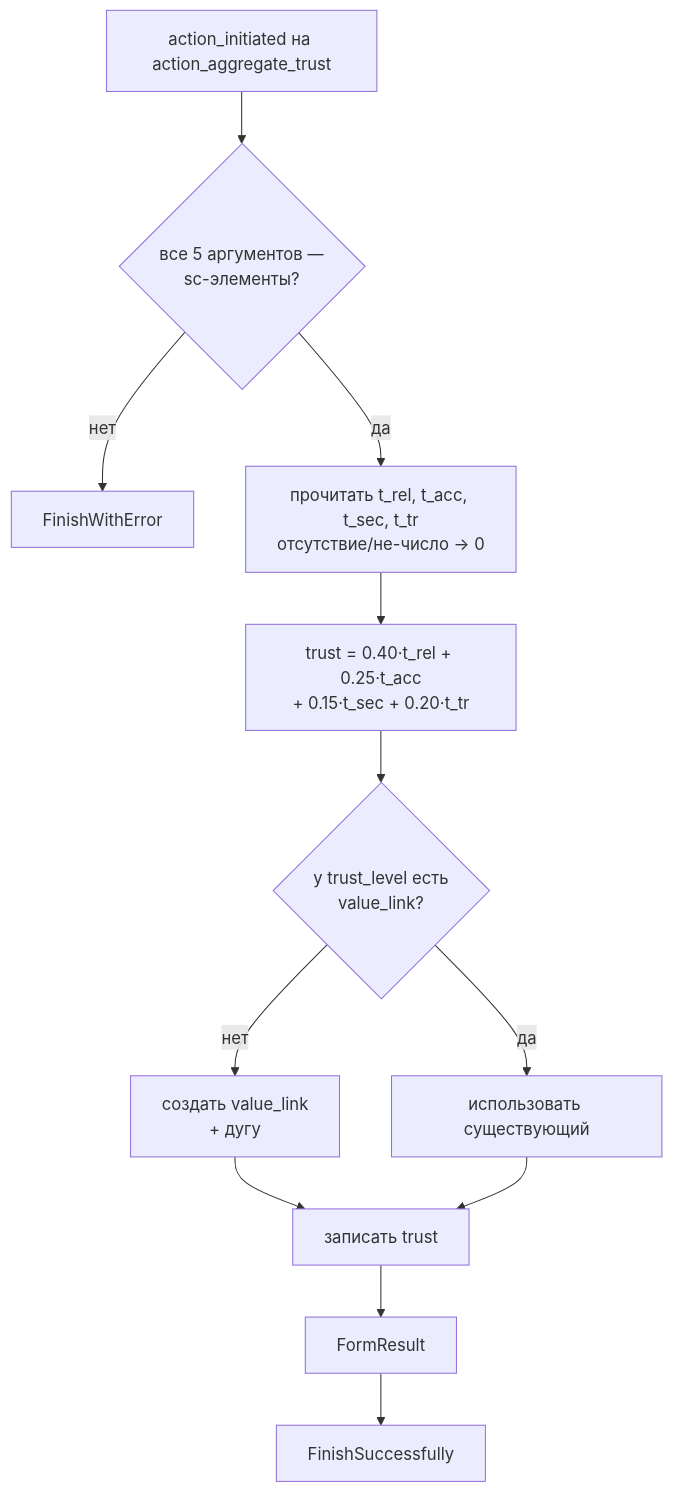
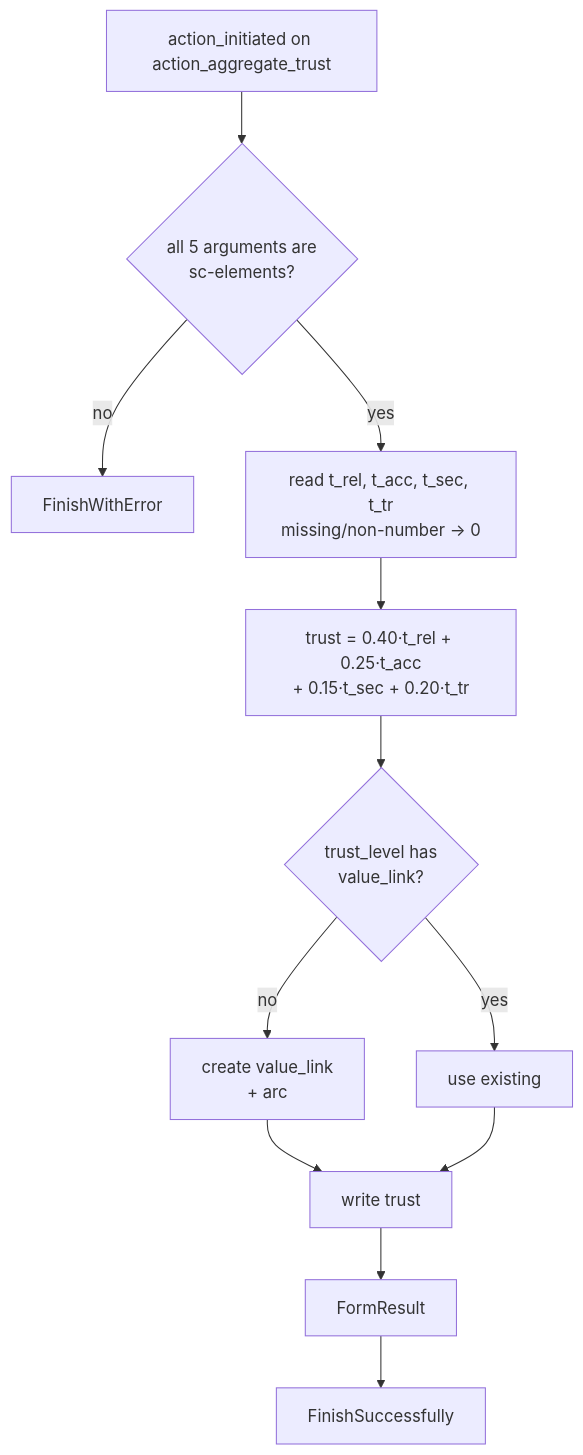
Before and after one commit to Santmus/ostis-intelligent-mediator: the diagram in agents_vault/AgentAggregateTrust.md, drawn with Mermaid. The commit also changed other lines of this file and 23 other files, not shown here.

````diff
--- a/agents_vault/AgentAggregateTrust.md
+++ b/agents_vault/AgentAggregateTrust.md
@@ -147,14 +144,14 @@
 ```mermaid
 flowchart TD
-    A[action_initiated на action_aggregate_trust] --> B{все 5 аргументов —<br/>sc-элементы?}
-    B -- нет --> E1[FinishWithError]
-    B -- да --> C[прочитать t_rel, t_acc, t_sec, t_tr<br/>отсутствие/не-число → 0]
+    A[action_initiated on action_aggregate_trust] --> B{all 5 arguments are<br/>sc-elements?}
+    B -- no --> E1[FinishWithError]
+    B -- yes --> C[read t_rel, t_acc, t_sec, t_tr<br/>missing/non-number → 0]
     C --> D["trust = 0.40·t_rel + 0.25·t_acc<br/>+ 0.15·t_sec + 0.20·t_tr"]
-    D --> F{у trust_level есть<br/>value_link?}
-    F -- нет --> G[создать value_link<br/>+ дугу]
-    F -- да --> H[использовать существующий]
-    G --> I[записать trust]
+    D --> F{trust_level has<br/>value_link?}
+    F -- no --> G[create value_link<br/>+ arc]
+    F -- yes --> H[use existing]
+    G --> I[write trust]
     H --> I
     I --> J[FormResult]
     J --> K[FinishSuccessfully]
 ```
````
